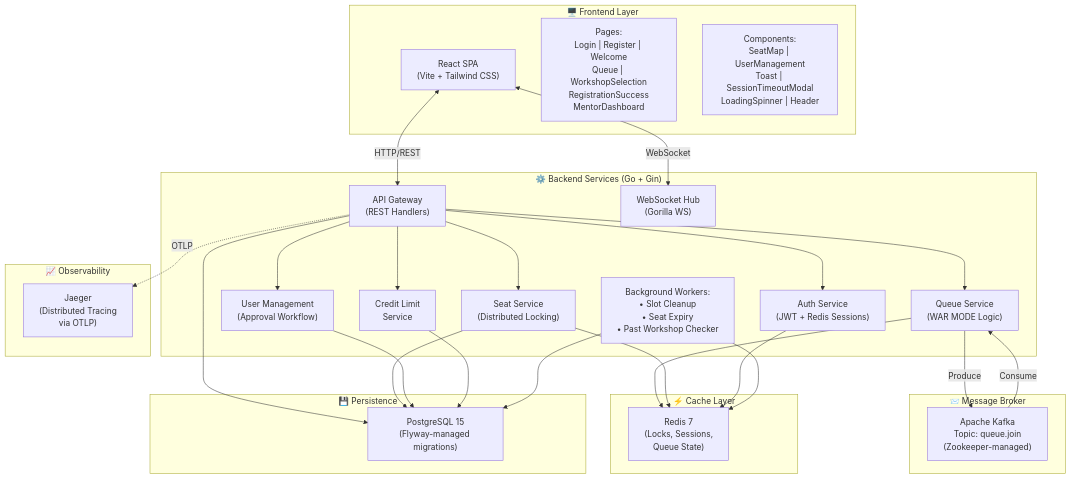
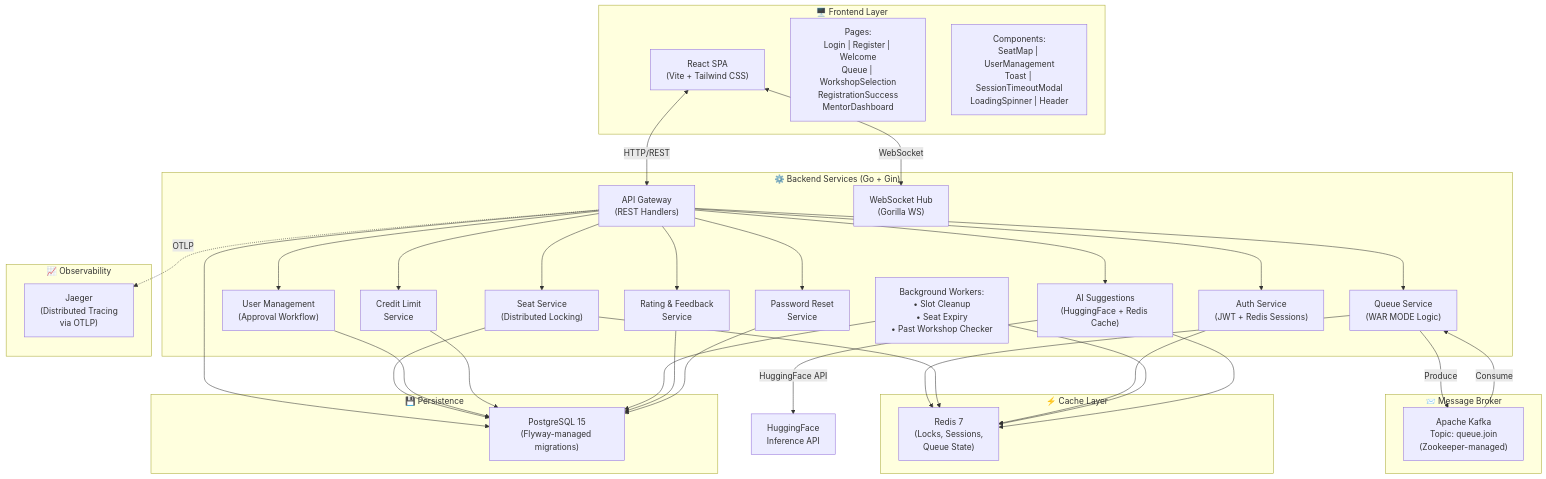
One commit to bayukrsn/uksw-workshop-platform changed the fourth of 12 diagrams in README.md. Above: the diagram before and after it, drawn with Mermaid. The commit also changed other lines of this file, not shown here.

````diff
--- a/README.md
+++ b/README.md
@@ -379,60 +399,71 @@
 ```mermaid
 flowchart TB
     subgraph Frontend["🖥️ Frontend Layer"]
         FE["React SPA\n(Vite + Tailwind CSS)"]
         FE_PAGES["Pages:\nLogin | Register | Welcome\nQueue | WorkshopSelection\nRegistrationSuccess\nMentorDashboard"]
         FE_COMP["Components:\nSeatMap | UserManagement\nToast | SessionTimeoutModal\nLoadingSpinner | Header"]
     end
     
     subgraph Backend["⚙️ Backend Services (Go + Gin)"]
         API["API Gateway\n(REST Handlers)"]
         WS["WebSocket Hub\n(Gorilla WS)"]
         AUTH["Auth Service\n(JWT + Redis Sessions)"]
         QUEUE["Queue Service\n(WAR MODE Logic)"]
         SEAT["Seat Service\n(Distributed Locking)"]
         USRMGMT["User Management\n(Approval Workflow)"]
         CREDIT["Credit Limit\nService"]
+        AI["AI Suggestions\n(HuggingFace + Redis Cache)"]
+        RATING["Rating & Feedback\nService"]
+        PWRESET["Password Reset\nService"]
         WORKERS["Background Workers:\n• Slot Cleanup\n• Seat Expiry\n• Past Workshop Checker"]
     end
     
     subgraph Messaging["📨 Message Broker"]
         KAFKA["Apache Kafka\nTopic: queue.join\n(Zookeeper-managed)"]
     end
     
     subgraph Cache["⚡ Cache Layer"]
         REDIS["Redis 7\n(Locks, Sessions,\nQueue State)"]
     end
     
     subgraph Database["💾 Persistence"]
         PG["PostgreSQL 15\n(Flyway-managed migrations)"]
     end
     
     subgraph Observability["📈 Observability"]
         JAEGER["Jaeger\n(Distributed Tracing\nvia OTLP)"]
     end
     
     FE <-->|"HTTP/REST"| API
     FE <-->|"WebSocket"| WS
     
     API --> AUTH
     API --> QUEUE
     API --> SEAT
     API --> USRMGMT
     API --> CREDIT
+    API --> AI
+    API --> RATING
+    API --> PWRESET
     
     QUEUE -->|"Produce"| KAFKA
     KAFKA -->|"Consume"| QUEUE
     
     QUEUE --> REDIS
     SEAT --> REDIS
     AUTH --> REDIS
     
     API --> PG
     SEAT --> PG
     USRMGMT --> PG
     CREDIT --> PG
     WORKERS --> REDIS
     WORKERS --> PG
     
+    AI --> REDIS
+    AI -->|"HuggingFace API"| HF["HuggingFace\nInference API"]
+    RATING --> PG
+    PWRESET --> PG
+    
     API -.->|"OTLP"| JAEGER
 ```
````
